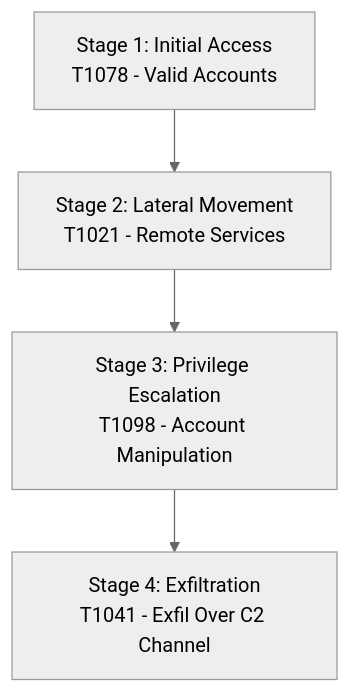
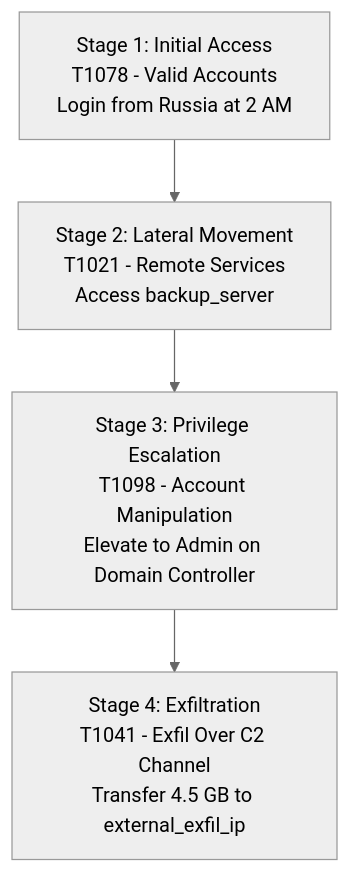
The diagram in DETECTIONS_AND_ATTACKS.md (ashish1207kh/SentinelGrid-SOC), drawn with Mermaid (neutral theme) before and after one commit. The commit also changed other lines of this file, not shown here.

````diff
--- a/DETECTIONS_AND_ATTACKS.md
+++ b/DETECTIONS_AND_ATTACKS.md
@@ -13,6 +23,6 @@
 ```mermaid
 graph TD
-    S1[Stage 1: Initial Access<br/>T1078 - Valid Accounts] --> S2[Stage 2: Lateral Movement<br/>T1021 - Remote Services]
-    S2 --> S3[Stage 3: Privilege Escalation<br/>T1098 - Account Manipulation]
-    S3 --> S4[Stage 4: Exfiltration<br/>T1041 - Exfil Over C2 Channel]
+    S1[Stage 1: Initial Access<br/>T1078 - Valid Accounts<br/>Login from Russia at 2 AM] --> S2[Stage 2: Lateral Movement<br/>T1021 - Remote Services<br/>Access backup_server]
+    S2 --> S3[Stage 3: Privilege Escalation<br/>T1098 - Account Manipulation<br/>Elevate to Admin on Domain Controller]
+    S3 --> S4[Stage 4: Exfiltration<br/>T1041 - Exfil Over C2 Channel<br/>Transfer 4.5 GB to external_exfil_ip]
 ```
````
